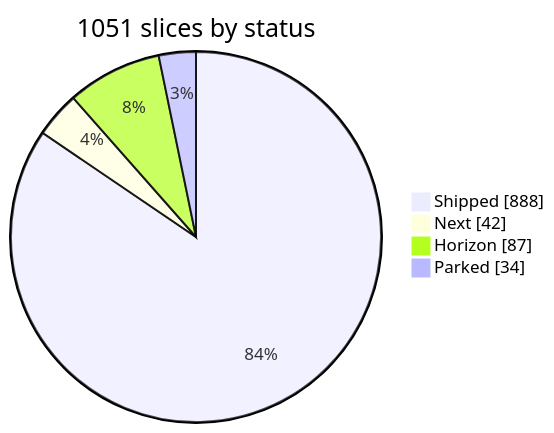
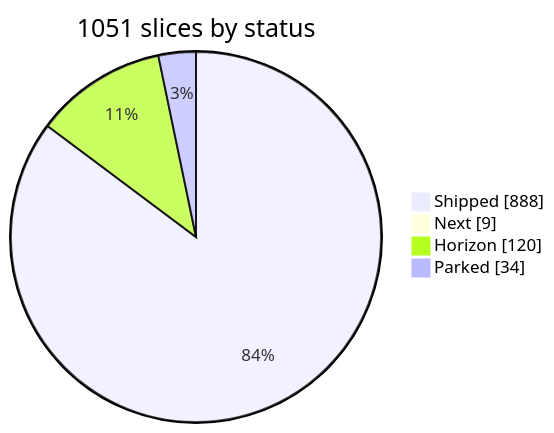
The second of 3 diagrams in vanta-website/docs/roadmap.md (jpoindexter/Vanta), drawn with Mermaid before and after one commit. The commit also changed other lines of this file and 1 other file, not shown here.

First line of the commit message:
roadmap: re-sequence toward launchable open beta

````diff
--- a/vanta-website/docs/roadmap.md
+++ b/vanta-website/docs/roadmap.md
@@ -38,8 +52,8 @@
 ```mermaid
 pie showData
   title 1051 slices by status
   "Shipped" : 888
-  "Next" : 42
-  "Horizon" : 87
+  "Next" : 9
+  "Horizon" : 120
   "Parked" : 34
 ```
````
